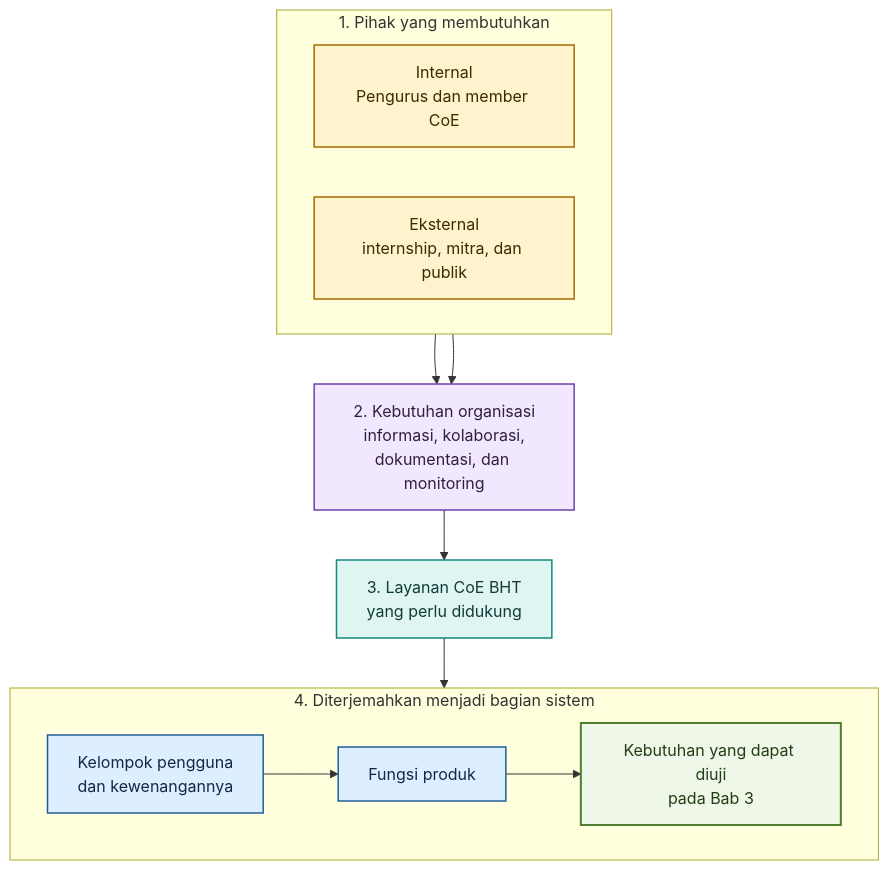
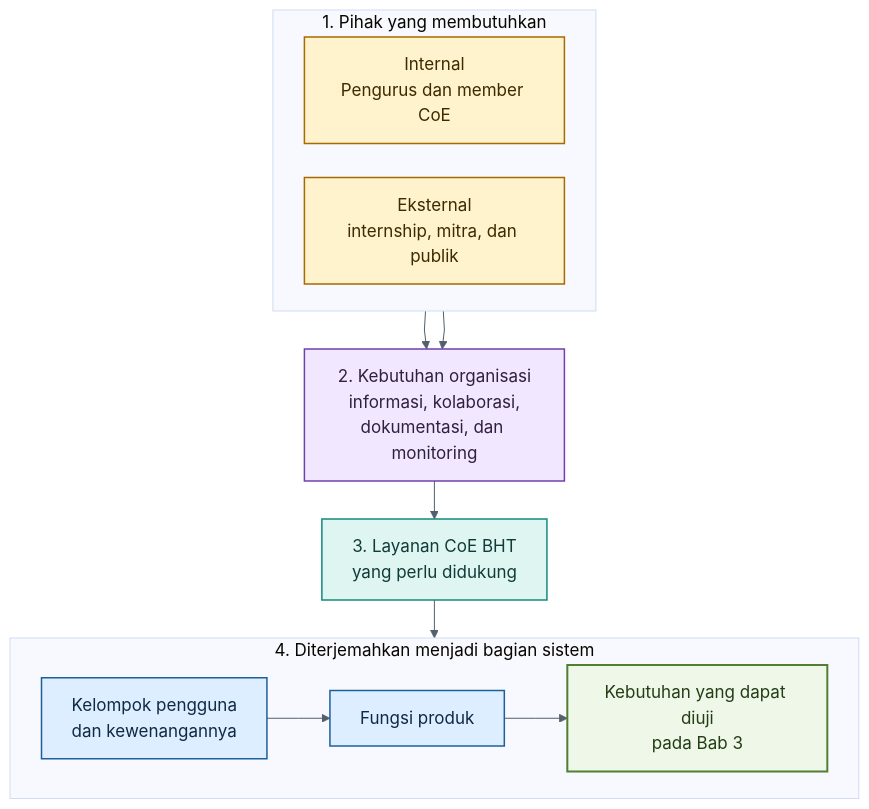
One commit to TelU-CoE-BHT-Command-Center-Internship/bht-srs changed the third of 3 diagrams in bht-nexus-srs.md. Above: the diagram before and after it, drawn with Mermaid. The commit also changed other lines of this file and 5 other files, not shown here.

````diff
--- a/bht-nexus-srs.md
+++ b/bht-nexus-srs.md
@@ -335,36 +463,37 @@
 ```mermaid
+%%{init: {"theme":"base","themeVariables":{"fontFamily":"Arial","fontSize":"17px","lineColor":"#52606D"},"flowchart":{"curve":"linear","nodeSpacing":34,"rankSpacing":38,"htmlLabels":true}}}%%
 flowchart TB
     subgraph Sources["1. Pihak yang membutuhkan"]
         direction LR
         Internal["Internal<br/>Pengurus dan member CoE"]
         External["Eksternal<br/>internship, mitra, dan publik"]
     end
 
     Need["2. Kebutuhan organisasi<br/>informasi, kolaborasi,<br/>dokumentasi, dan monitoring"]
     Service["3. Layanan CoE BHT<br/>yang perlu didukung"]
 
     subgraph Translation["4. Diterjemahkan menjadi bagian sistem"]
         direction LR
         UserClass["Kelompok pengguna<br/>dan kewenangannya"]
         Function["Fungsi produk"]
         Requirement["Kebutuhan yang dapat diuji<br/>pada Bab 3"]
     end
 
     Internal --> Need
     External --> Need
     Need --> Service
     Service --> UserClass
     UserClass --> Function
     Function --> Requirement
 
     classDef actor fill:#fff3cd,stroke:#a66a00,color:#3d2a00,stroke-width:1.5px;
     classDef need fill:#f1e8ff,stroke:#6f42a8,color:#30203f,stroke-width:1.5px;
     classDef service fill:#dff5f2,stroke:#138a7e,color:#103c38,stroke-width:1.5px;
     classDef system fill:#dceeff,stroke:#1f5f99,color:#102a43,stroke-width:1.5px;
     classDef verify fill:#eef7e8,stroke:#4f7f31,color:#233d16,stroke-width:2px;
     class Internal,External actor;
     class Need need;
     class Service service;
     class UserClass,Function system;
     class Requirement verify;
 ```
````
